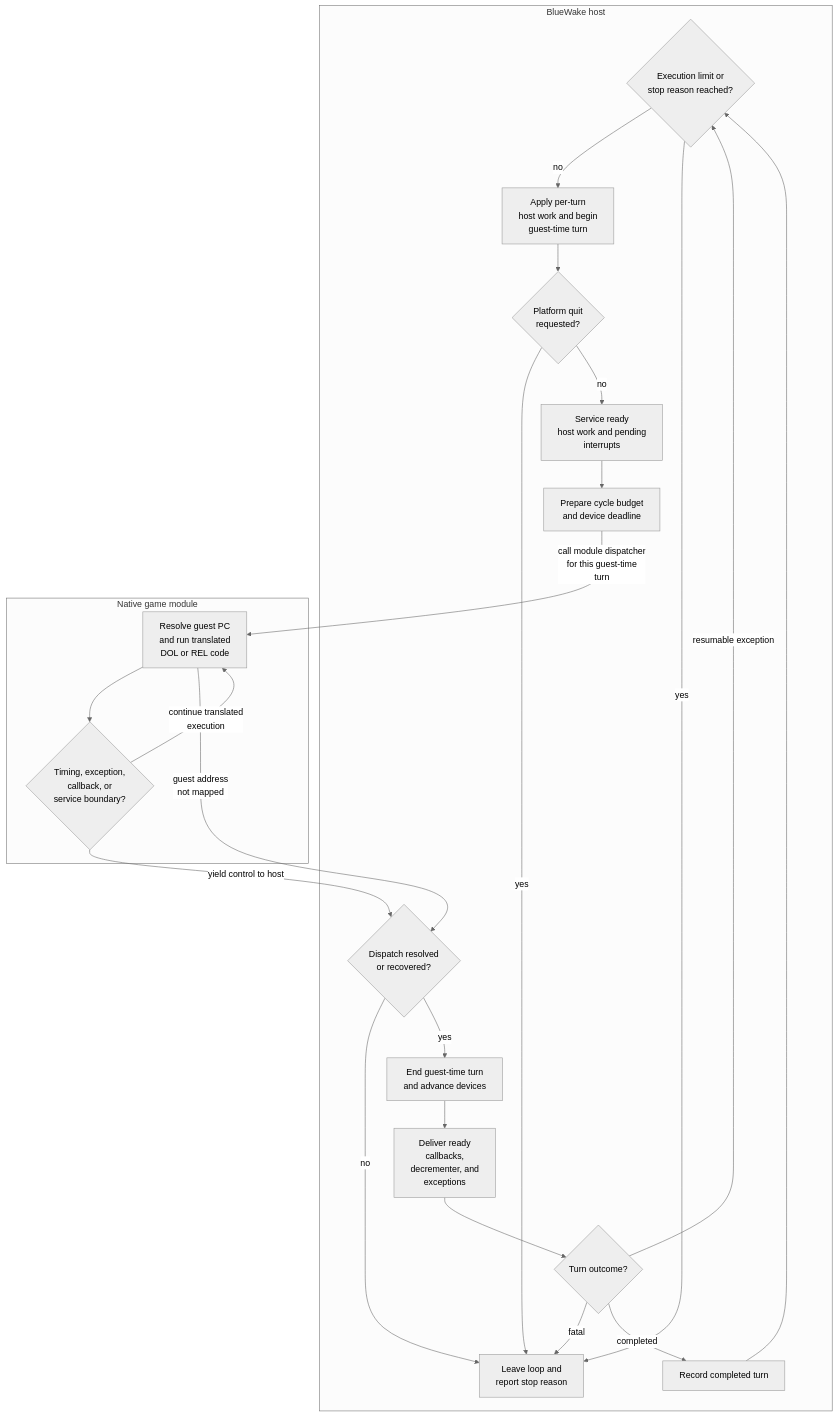
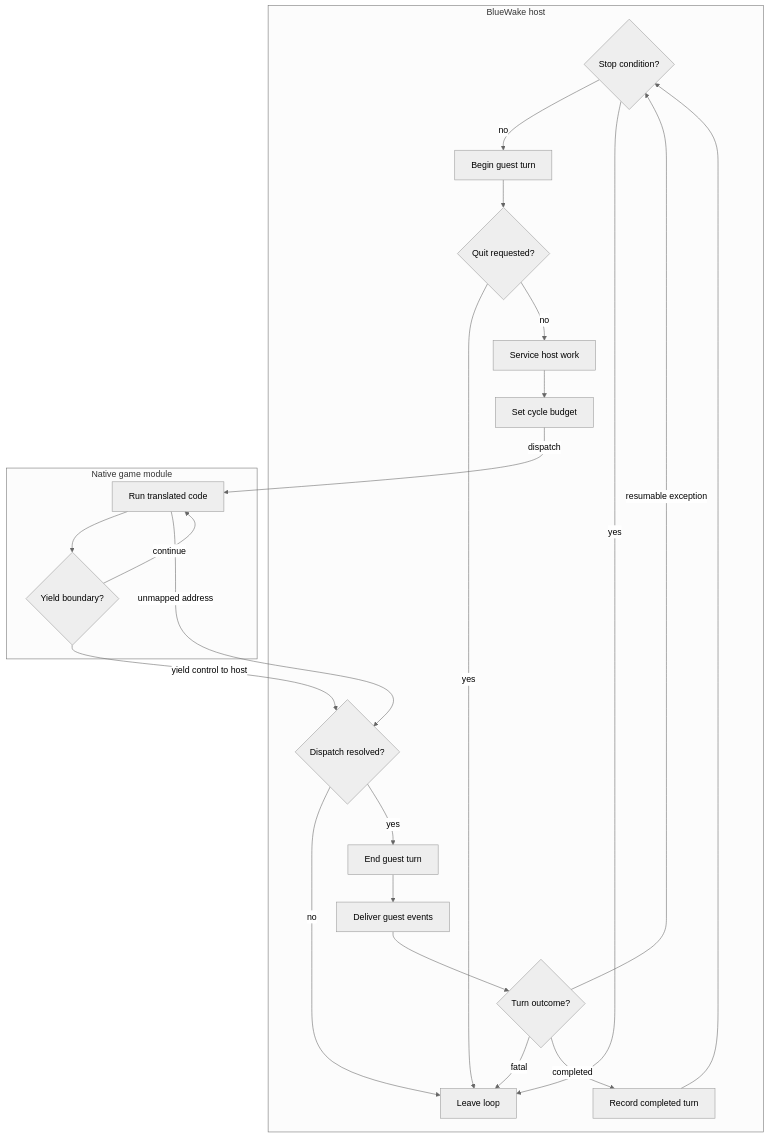
One commit to Aelbannan/boat_of_daphnes changed the ninth of 9 diagrams in docs/architecture/Host.md. Above: the diagram before and after it, drawn with Mermaid (neutral theme). The commit also changed other lines of this file, not shown here.

Commit message:
Simplify Host diagram labels

````diff
--- a/docs/architecture/Host.md
+++ b/docs/architecture/Host.md
@@ -313,57 +269,36 @@
 ```mermaid
 flowchart TD
     subgraph Host["BlueWake host"]
-        Check{"`Execution limit or
-stop reason reached?`"}
-        Turn["`Apply per-turn
-host work and begin
-guest-time turn`"]
-        Quit{"`Platform quit
-requested?`"}
-        Ready["`Service ready
-host work and pending
-interrupts`"]
-        Budget["`Prepare cycle budget
-and device deadline`"]
-        Mapped{"`Dispatch resolved
-or recovered?`"}
-        End["`End guest-time turn
-and advance devices`"]
-        Events["`Deliver ready
-callbacks,
-decrementer, and
-exceptions`"]
+        Check{"Stop condition?"}
+        Turn["Begin guest turn"]
+        Quit{"Quit requested?"}
+        Ready["Service host work"]
+        Budget["Set cycle budget"]
+        Mapped{"Dispatch resolved?"}
+        End["End guest turn"]
+        Events["Deliver guest events"]
         Outcome{"Turn outcome?"}
         Record["Record completed turn"]
-        Stop["`Leave loop and
-report stop reason`"]
+        Stop["Leave loop"]
     end
 
     subgraph Module["Native game module"]
-        Dispatch["`Resolve guest PC
-and run translated
-DOL or REL code`"]
-        Boundary{"`Timing, exception,
-callback, or
-service boundary?`"}
+        Dispatch["Run translated code"]
+        Boundary{"Yield boundary?"}
         Dispatch --> Boundary
-        Boundary -->|"`continue translated
-execution`"| Dispatch
+        Boundary -->|"continue"| Dispatch
     end
 
     Check -->|"no"| Turn --> Quit
     Check -->|"yes"| Stop
     Quit -->|"yes"| Stop
     Quit -->|"no"| Ready --> Budget
-    Budget -->|"`call module dispatcher
-for this guest-time
-turn`"| Dispatch
-    Dispatch -->|"`guest address
-not mapped`"| Mapped
+    Budget -->|"dispatch"| Dispatch
+    Dispatch -->|"unmapped address"| Mapped
     Boundary -->|"yield control to host"| Mapped
     Mapped -->|"no"| Stop
     Mapped -->|"yes"| End --> Events --> Outcome
     Outcome -->|"fatal"| Stop
     Outcome -->|"resumable exception"| Check
     Outcome -->|"completed"| Record --> Check
 ```
````
